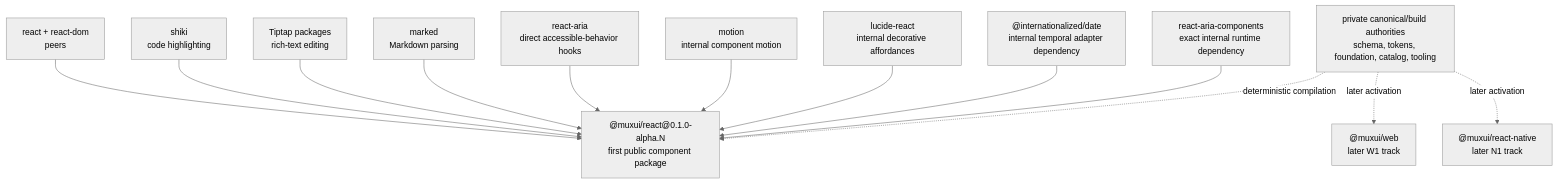
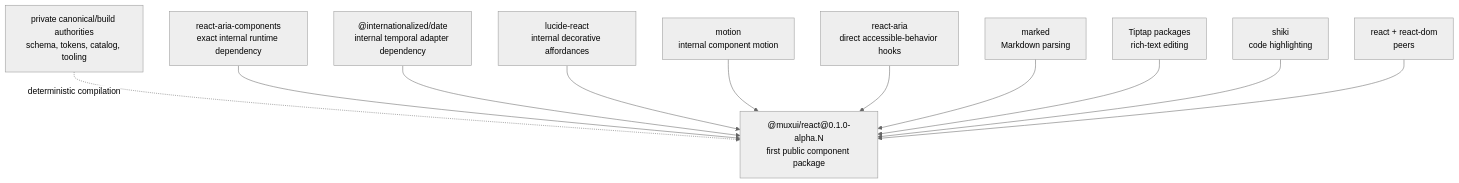
The second of 2 diagrams in strategy/monorepo-architecture.md (ndrewtran/muxui), drawn with Mermaid (neutral theme) before and after one commit. The commit also changed other lines of this file and 3 other files, not shown here.

````diff
--- a/strategy/monorepo-architecture.md
+++ b/strategy/monorepo-architecture.md
@@ -1230,29 +1291,25 @@
 ```mermaid
 flowchart TD
-  canonical["private canonical/build authorities\nschema, tokens, foundation, catalog, tooling"]
+  canonical["private canonical/build authorities\nschema, tokens, catalog, tooling"]
   react["@muxui/react@0.1.0-alpha.N\nfirst public component package"]
   aria["react-aria-components\nexact internal runtime dependency"]
   temporal["@internationalized/date\ninternal temporal adapter dependency"]
   lucide["lucide-react\ninternal decorative affordances"]
   motion["motion\ninternal component motion"]
   hooks["react-aria\ndirect accessible-behavior hooks"]
   markdown["marked\nMarkdown parsing"]
   editor["Tiptap packages\nrich-text editing"]
   highlighter["shiki\ncode highlighting"]
   peers["react + react-dom\npeers"]
-  web["@muxui/web\nlater W1 track"]
-  native["@muxui/react-native\nlater N1 track"]
 
   canonical -. deterministic compilation .-> react
   aria --> react
   temporal --> react
   lucide --> react
   motion --> react
   hooks --> react
   markdown --> react
   editor --> react
   highlighter --> react
   peers --> react
-  canonical -. later activation .-> web
-  canonical -. later activation .-> native
 ```
````
